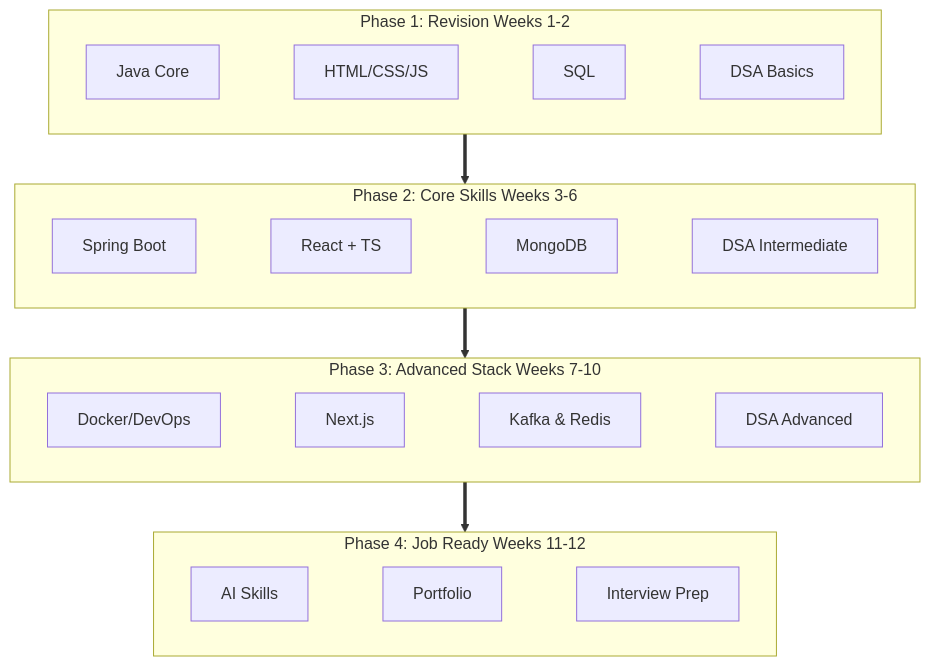
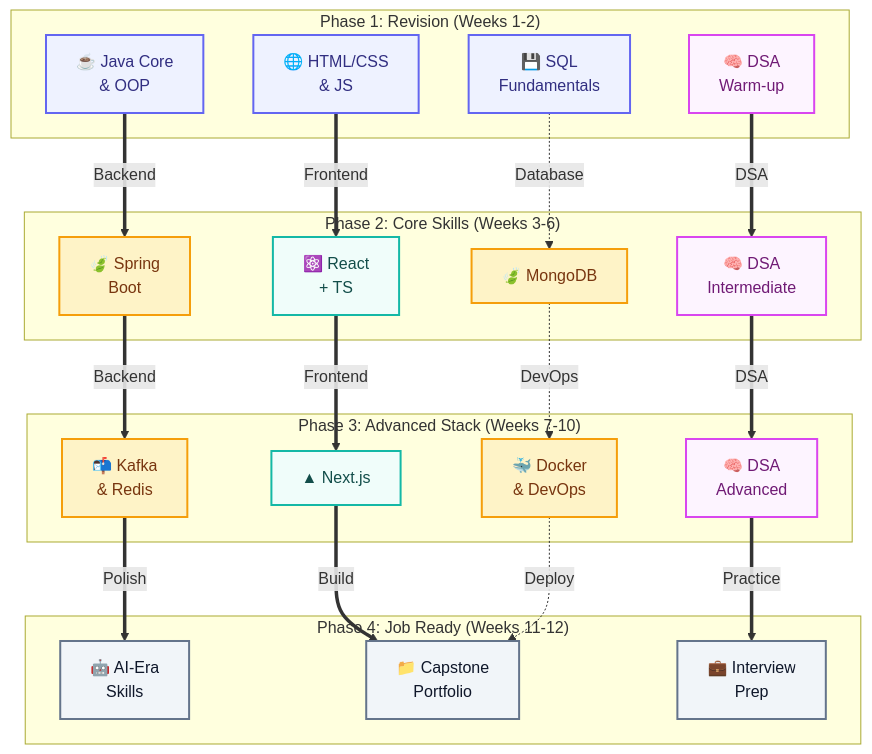
Before and after one commit to vinayprabhakarx/docs-app: the diagram in content/docs/roadmap/index.mdx, drawn with Mermaid.

Commit message:
docs: perfect the mermaid diagram styling and layout for optimal readability

````diff
--- a/content/docs/roadmap/index.mdx
+++ b/content/docs/roadmap/index.mdx
@@ -16,26 +16,41 @@
 ```mermaid
 flowchart TD
-    subgraph Phase1 [Phase 1: Revision Weeks 1-2]
-        direction LR
-        A[Java Core] ~~~ B[HTML/CSS/JS] ~~~ C[SQL] ~~~ D[DSA Basics]
+    classDef revision fill:#eef2ff,stroke:#6366f1,stroke-width:2px,color:#312e81
+    classDef frontend fill:#f0fdfa,stroke:#14b8a6,stroke-width:2px,color:#134e4a
+    classDef backend fill:#fef3c7,stroke:#f59e0b,stroke-width:2px,color:#78350f
+    classDef dsa fill:#fdf4ff,stroke:#d946ef,stroke-width:2px,color:#701a75
+    classDef job fill:#f1f5f9,stroke:#64748b,stroke-width:2px,color:#0f172a
+    
+    subgraph P1 ["Phase 1: Revision (Weeks 1-2)"]
+        J1["☕ Java Core<br/>& OOP"]:::revision
+        F1["🌐 HTML/CSS<br/>& JS"]:::revision
+        D1["💾 SQL<br/>Fundamentals"]:::revision
+        A1["🧠 DSA<br/>Warm-up"]:::dsa
     end
-
-    subgraph Phase2 [Phase 2: Core Skills Weeks 3-6]
-        direction LR
-        E[Spring Boot] ~~~ F[React + TS] ~~~ G[MongoDB] ~~~ H[DSA Intermediate]
+    
+    subgraph P2 ["Phase 2: Core Skills (Weeks 3-6)"]
+        J2["🍃 Spring<br/>Boot"]:::backend
+        F2["⚛️ React<br/>+ TS"]:::frontend
+        D2["🍃 MongoDB"]:::backend
+        A2["🧠 DSA<br/>Intermediate"]:::dsa
     end
-
-    subgraph Phase3 [Phase 3: Advanced Stack Weeks 7-10]
-        direction LR
-        I[Docker/DevOps] ~~~ J[Next.js] ~~~ K[Kafka & Redis] ~~~ L[DSA Advanced]
+    
+    subgraph P3 ["Phase 3: Advanced Stack (Weeks 7-10)"]
+        J3["📬 Kafka<br/>& Redis"]:::backend
+        F3["▲ Next.js"]:::frontend
+        D3["🐳 Docker<br/>& DevOps"]:::backend
+        A3["🧠 DSA<br/>Advanced"]:::dsa
     end
-
-    subgraph Phase4 [Phase 4: Job Ready Weeks 11-12]
-        direction LR
-        M[AI Skills] ~~~ N[Portfolio] ~~~ O[Interview Prep]
+    
+    subgraph P4 ["Phase 4: Job Ready (Weeks 11-12)"]
+        J4["🤖 AI-Era<br/>Skills"]:::job
+        F4["📁 Capstone<br/>Portfolio"]:::job
+        A4["💼 Interview<br/>Prep"]:::job
     end
-
-    Phase1 ==> Phase2
-    Phase2 ==> Phase3
-    Phase3 ==> Phase4
+    
+    %% Track Connections
+    J1 == Backend ==> J2 == Backend ==> J3 == Polish ==> J4
+    F1 == Frontend ==> F2 == Frontend ==> F3 == Build ==> F4
+    D1 -. Database .-> D2 -. DevOps .-> D3 -. Deploy .-> F4
+    A1 == DSA ==> A2 == DSA ==> A3 == Practice ==> A4
 ```
````
